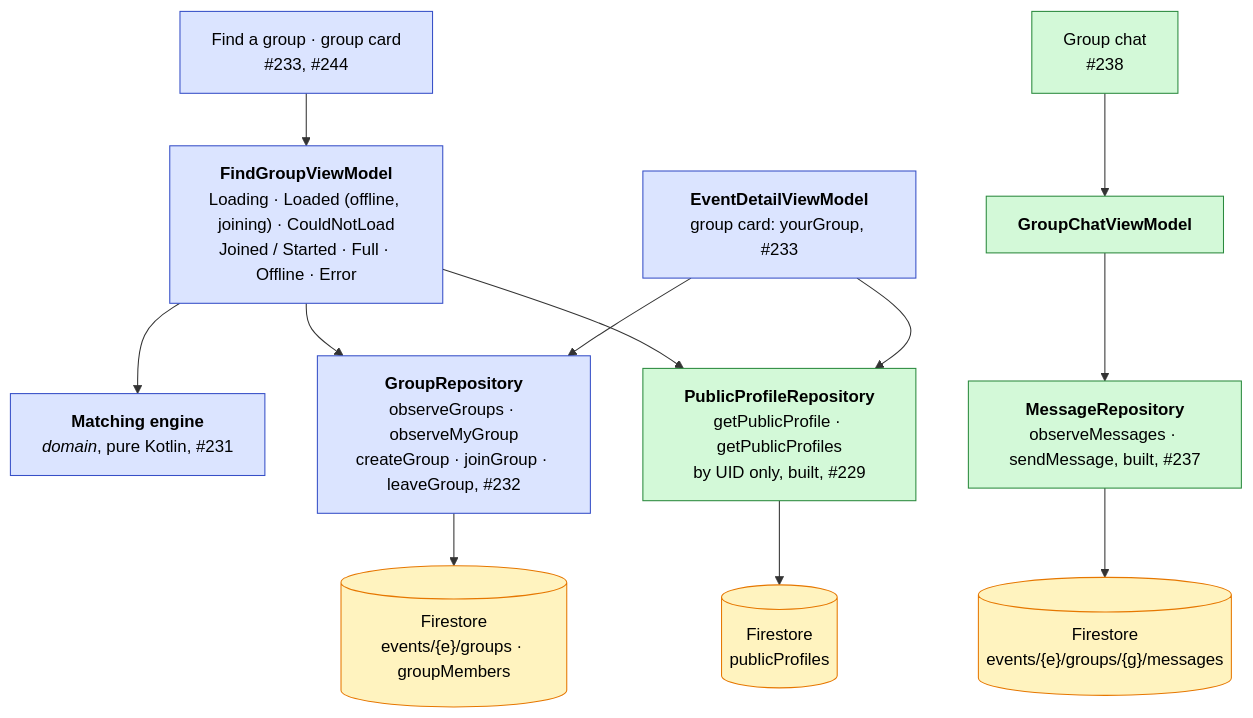
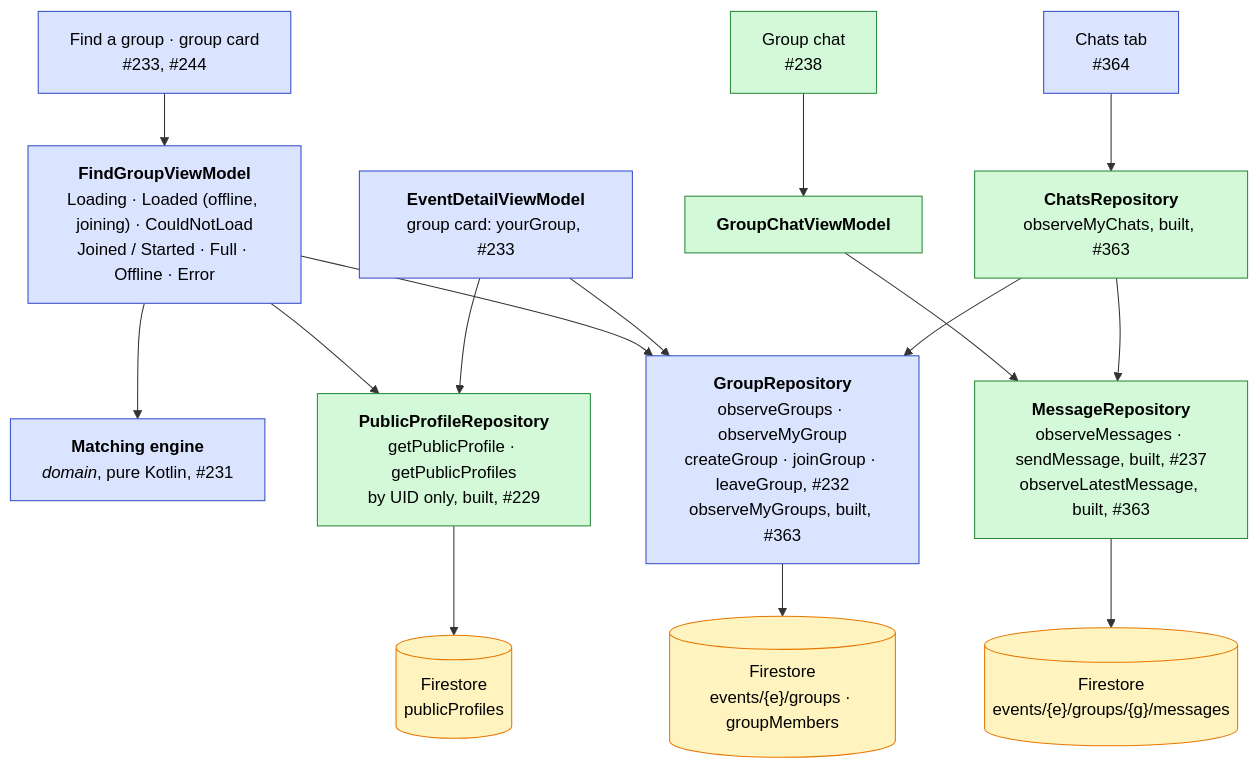
One commit to swent-polysocial/PolySocial changed the sixth of 13 diagrams in docs/Architecture-Diagram.md. Above: the diagram before and after it, drawn with Mermaid. The commit also changed other lines of this file and 1 other file, not shown here.

First line of the commit message:
docs: record the chat list in CONTEXT

````diff
--- a/docs/Architecture-Diagram.md
+++ b/docs/Architecture-Diagram.md
@@ -234,18 +235,21 @@
 ```mermaid
 flowchart TB
   classDef pb fill:#dbe4ff,stroke:#364fc7,color:#000
   classDef ext fill:#fff3bf,stroke:#e67700,color:#000
 
   classDef s1 fill:#d3f9d8,stroke:#2b8a3e,color:#000
 
   find["Find a group · group card<br/>#233, #244"]:::pb --> findVM["<b>FindGroupViewModel</b><br/>Loading · Loaded (offline, joining) · CouldNotLoad<br/>Joined / Started · Full · Offline · Error"]:::pb
   findVM --> match["<b>Matching engine</b><br/><i>domain</i>, pure Kotlin, #231"]:::pb
-  findVM --> groups["<b>GroupRepository</b><br/>observeGroups · observeMyGroup<br/>createGroup · joinGroup · leaveGroup, #232"]:::pb
+  findVM --> groups["<b>GroupRepository</b><br/>observeGroups · observeMyGroup<br/>createGroup · joinGroup · leaveGroup, #232<br/>observeMyGroups, built, #363"]:::pb
   findVM --> pub["<b>PublicProfileRepository</b><br/>getPublicProfile · getPublicProfiles<br/>by UID only, built, #229"]:::s1
   detailVM["<b>EventDetailViewModel</b><br/>group card: yourGroup, #233"]:::pb --> groups
   detailVM --> pub
-  chat["Group chat<br/>#238"]:::s1 --> chatVM["<b>GroupChatViewModel</b>"]:::s1 --> msgs["<b>MessageRepository</b><br/>observeMessages · sendMessage, built, #237"]:::s1
+  chat["Group chat<br/>#238"]:::s1 --> chatVM["<b>GroupChatViewModel</b>"]:::s1 --> msgs["<b>MessageRepository</b><br/>observeMessages · sendMessage, built, #237<br/>observeLatestMessage, built, #363"]:::s1
+  chatsTab["Chats tab<br/>#364"]:::pb --> chatList["<b>ChatsRepository</b><br/>observeMyChats, built, #363"]:::s1
+  chatList --> groups
+  chatList --> msgs
   groups --> fs[("Firestore<br/>events/{e}/groups · groupMembers")]:::ext
   pub --> fs2[("Firestore<br/>publicProfiles")]:::ext
   msgs --> fs3[("Firestore<br/>events/{e}/groups/{g}/messages")]:::ext
 ```
````
